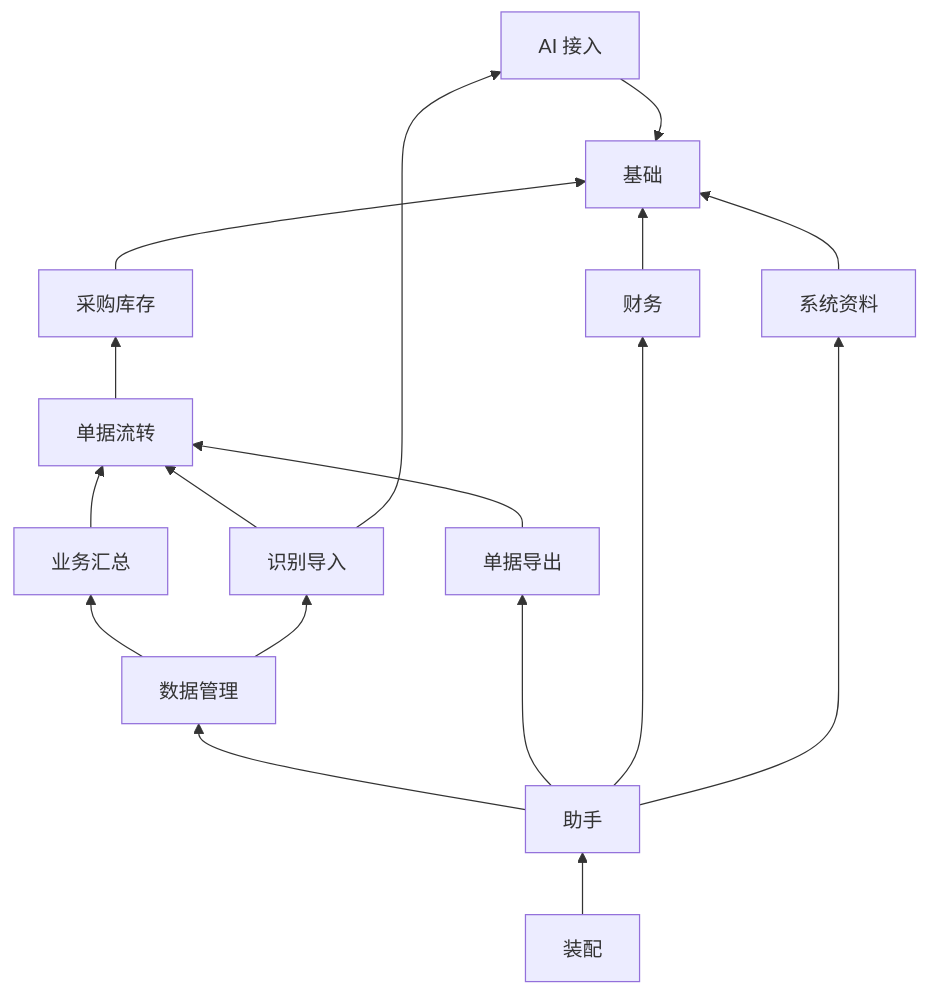
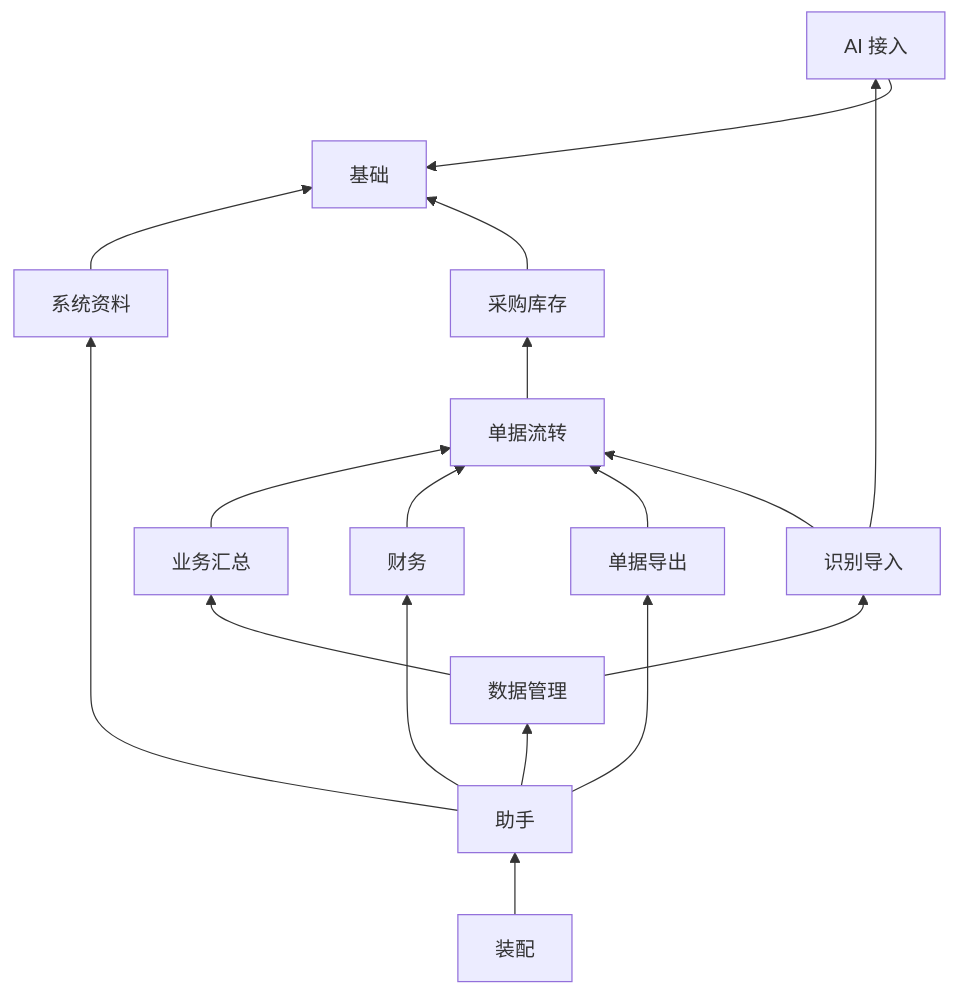
One commit to empitor/yongle-carton-erp changed the second of 2 diagrams in docs/架构说明.md. Above: the diagram before and after it, drawn with Mermaid. The commit also changed other lines of this file and 16 other files, not shown here.

````diff
--- a/docs/架构说明.md
+++ b/docs/架构说明.md
@@ -45,20 +45,20 @@
 ```mermaid
 flowchart BT
   core[基础] ~~~ ai[AI 接入]
   ai --> core
   sys[系统资料] --> core
   ops[采购库存] --> core
   flow[单据流转] --> ops
   biz[业务汇总] --> flow
-  fin[财务] --> core
+  fin[财务] --> flow
   doc[单据导出] --> flow
   imp[识别导入] --> flow
   imp --> ai
   adm[数据管理] --> biz
   adm --> imp
   ast[助手] --> adm
   ast --> doc
   ast --> fin
   ast --> sys
   app[装配] --> ast
 ```
````
